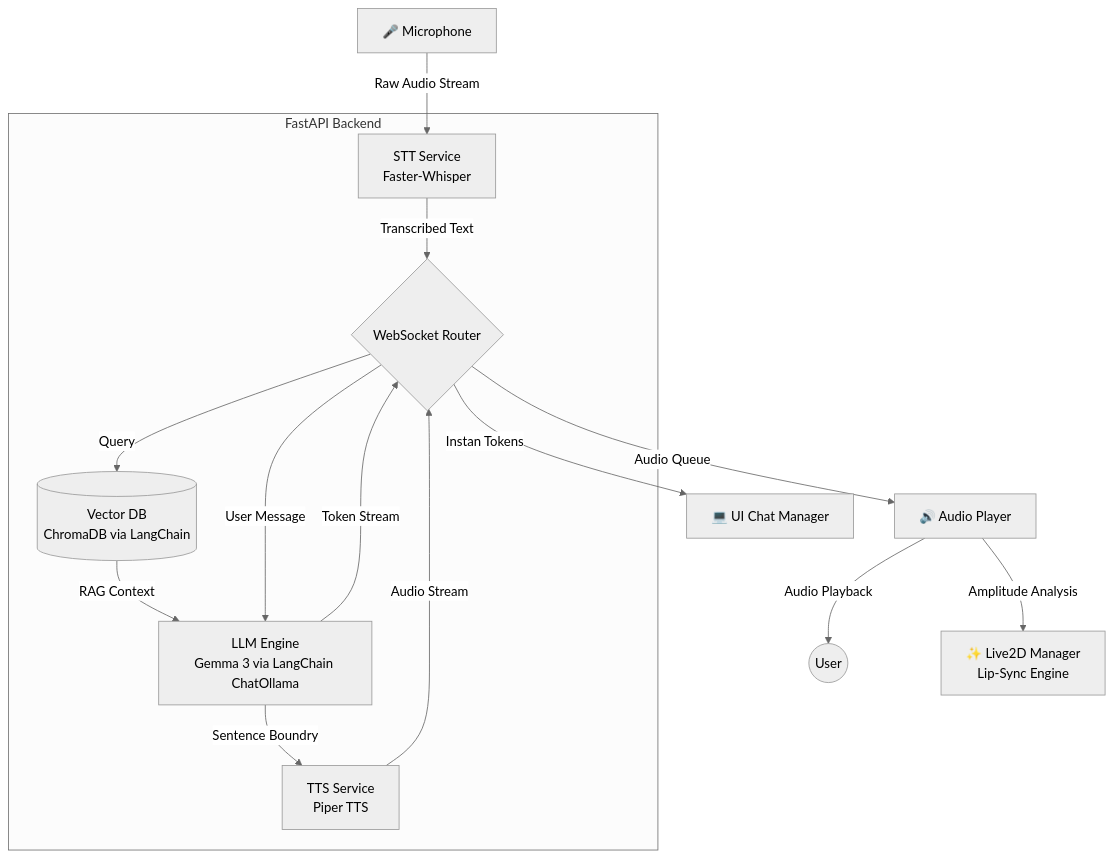
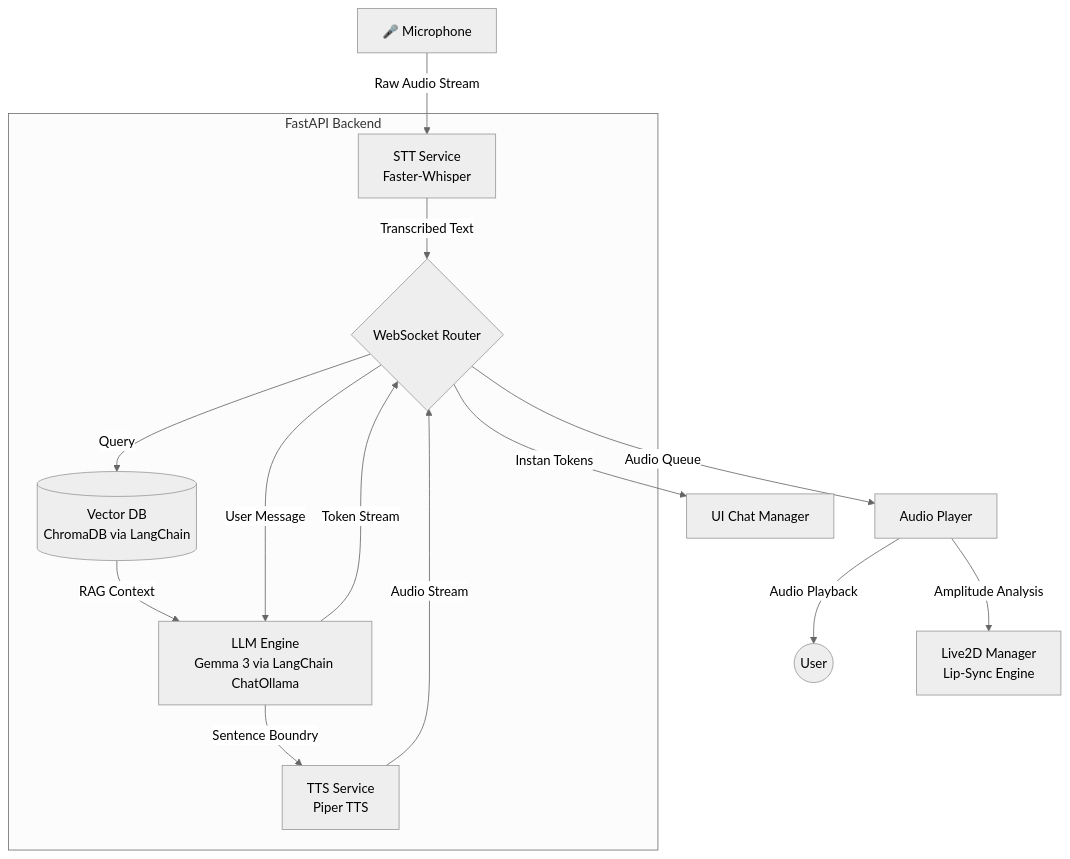
The diagram in README.md (Fawwzrf/Rei-Assistant), drawn with Mermaid (neutral theme) before and after one commit. The commit also changed other lines of this file, not shown here.

````diff
--- a/README.md
+++ b/README.md
@@ -18,21 +18,21 @@
 ```mermaid
 flowchart TD
     %% Frontend Components
     A[🎤 Microphone] -->|Raw Audio Stream| B[STT Service\nFaster-Whisper]
     
     subgraph Backend [FastAPI Backend]
         B -->|Transcribed Text| D{WebSocket Router}
         D -->|Query| E[(Vector DB\nChromaDB via LangChain)]
         E -->|RAG Context| F[LLM Engine\nGemma 3 via LangChain ChatOllama]
         D -->|User Message| F
         F -->|Token Stream| D
         F -->|Sentence Boundry| G[TTS Service\nPiper TTS]
         G -->|Audio Stream| D
     end
 
     %% Sync to Frontend Frontend
-    D -->|Instan Tokens| H[💻 UI Chat Manager]
-    D -->|Audio Queue| I[🔊 Audio Player]
+    D -->|Instan Tokens| H[UI Chat Manager]
+    D -->|Audio Queue| I[ Audio Player]
     I -->|Audio Playback| User((User))
-    I -->|Amplitude Analysis| J[✨ Live2D Manager\nLip-Sync Engine]
+    I -->|Amplitude Analysis| J[ Live2D Manager\nLip-Sync Engine]
 ```
````
